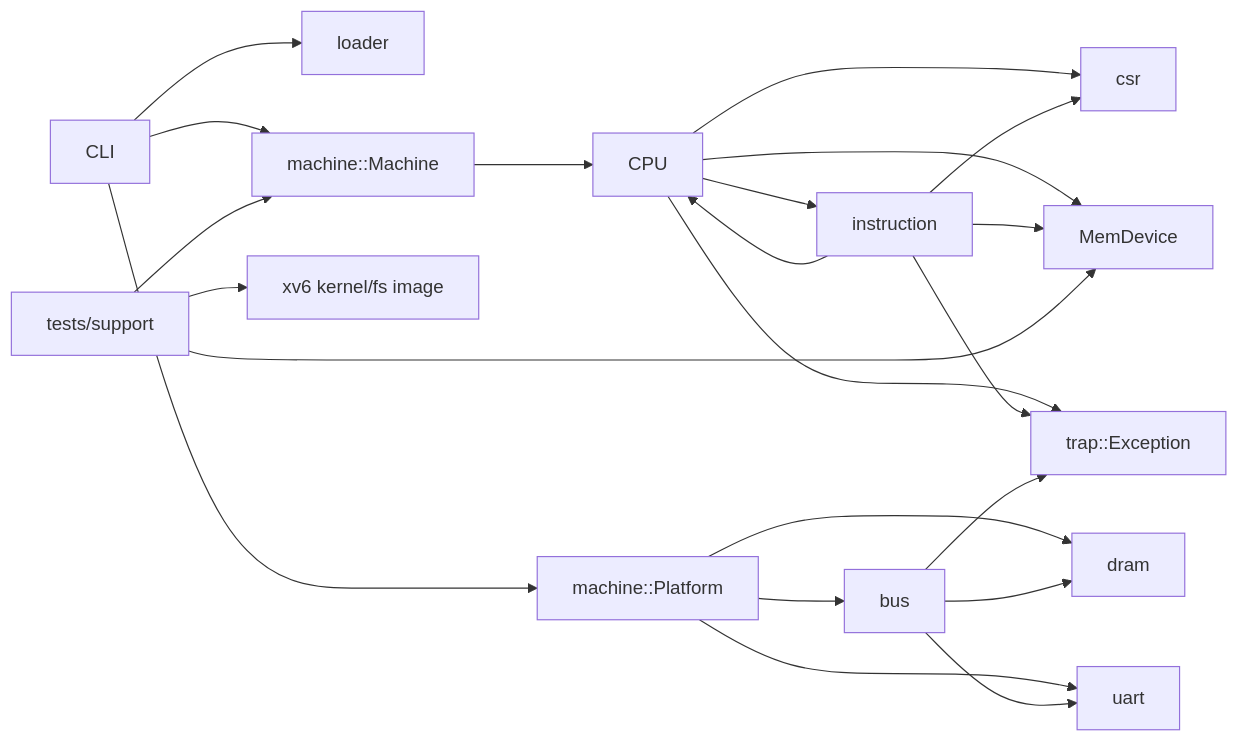
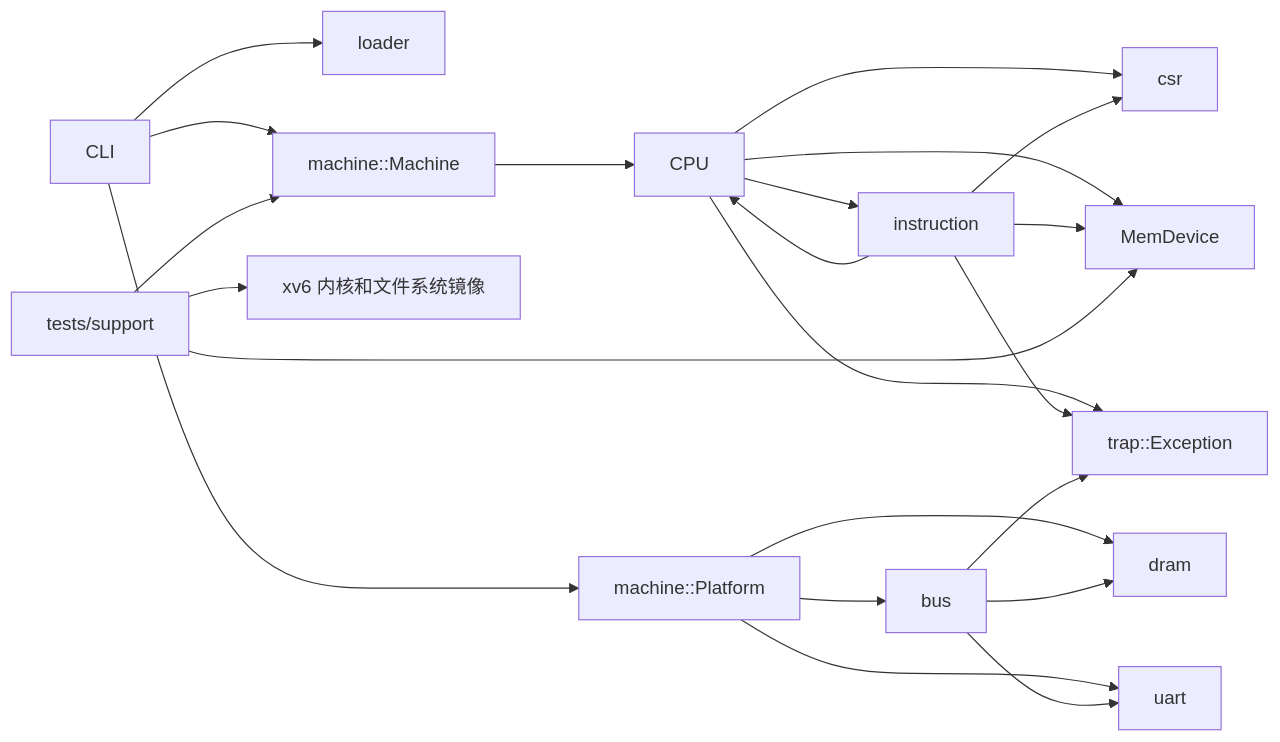
One commit to AkiraLyu/arvsim changed the diagram in docs/repository-status/README.md. Above: the diagram before and after it, drawn with Mermaid. The commit also changed other lines of this file and 29 other files, not shown here.

Commit message:
Refactor simulator data flow and UI state handling

````diff
--- a/docs/repository-status/README.md
+++ b/docs/repository-status/README.md
@@ -47,24 +47,24 @@
 ```mermaid
 flowchart LR
   CLI --> LOADER["loader"]
   CLI --> MACHINE["machine::Machine"]
   CLI --> PLATFORM["machine::Platform"]
   PLATFORM --> BUS["bus"]
   PLATFORM --> DRAM["dram"]
   PLATFORM --> UART["uart"]
   MACHINE --> CPU
   CPU --> INST["instruction"]
   CPU --> CSR["csr"]
   CPU --> BUSIF["MemDevice"]
   INST --> CPU
   INST --> CSR
   INST --> BUSIF
   BUS --> DRAM
   BUS --> UART
   CPU --> TRAP["trap::Exception"]
   INST --> TRAP
   BUS --> TRAP
   TEST["tests/support"] --> MACHINE
   TEST --> BUSIF
-  TEST --> XV6["xv6 kernel/fs image"]
+  TEST --> XV6["xv6 内核和文件系统镜像"]
 ```
````
